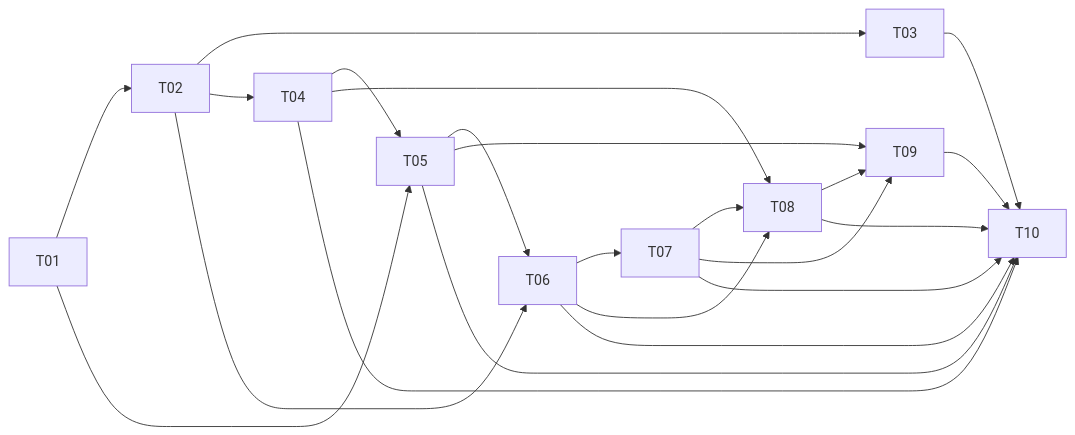
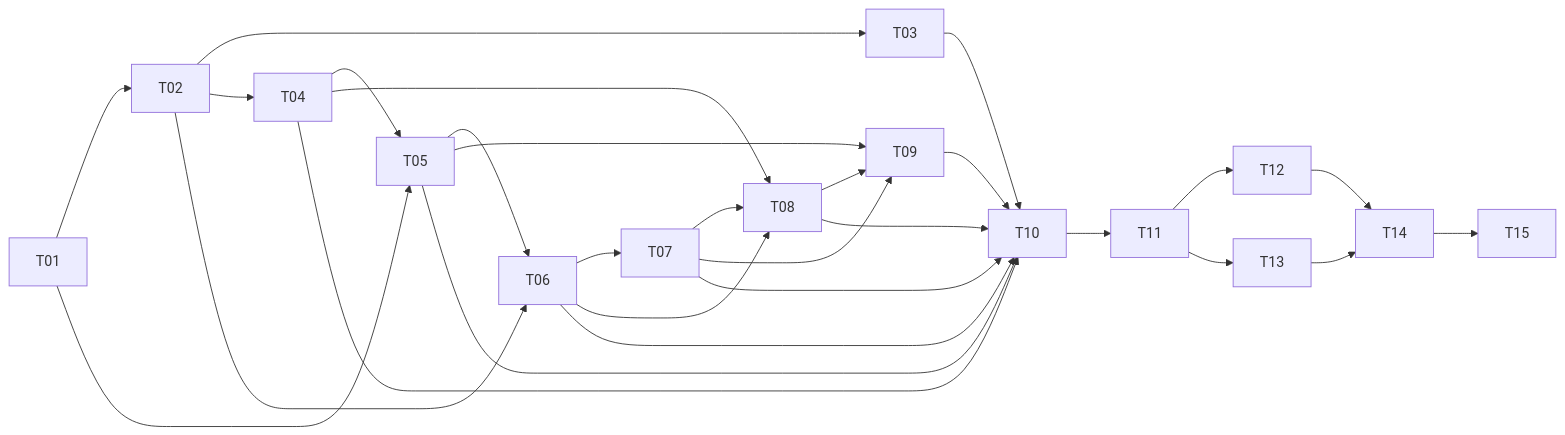
One commit to santiarrto/dice-game changed the diagram in PLANNING.md. Above: the diagram before and after it, drawn with Mermaid. The commit also changed other lines of this file and 4 other files, not shown here.

````diff
--- a/PLANNING.md
+++ b/PLANNING.md
@@ -120,24 +150,30 @@
 ```mermaid
 flowchart LR
   T01 --> T02
   T01 --> T05
   T02 --> T03
   T02 --> T04
   T02 --> T06
   T04 --> T05
   T05 --> T06
   T06 --> T07
   T04 --> T08
   T06 --> T08
   T07 --> T08
   T05 --> T09
   T07 --> T09
   T08 --> T09
   T03 --> T10
   T04 --> T10
   T05 --> T10
   T06 --> T10
   T07 --> T10
   T08 --> T10
   T09 --> T10
+  T10 --> T11
+  T11 --> T12
+  T11 --> T13
+  T12 --> T14
+  T13 --> T14
+  T14 --> T15
 ```
````
